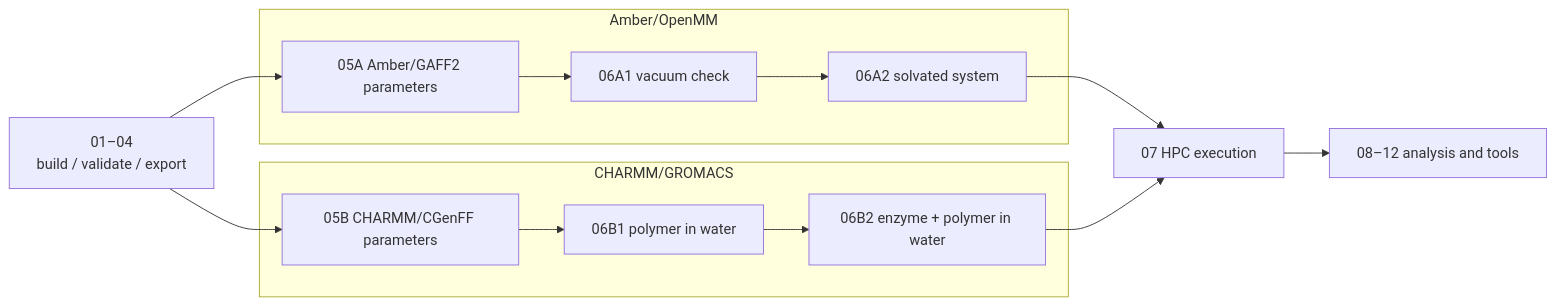
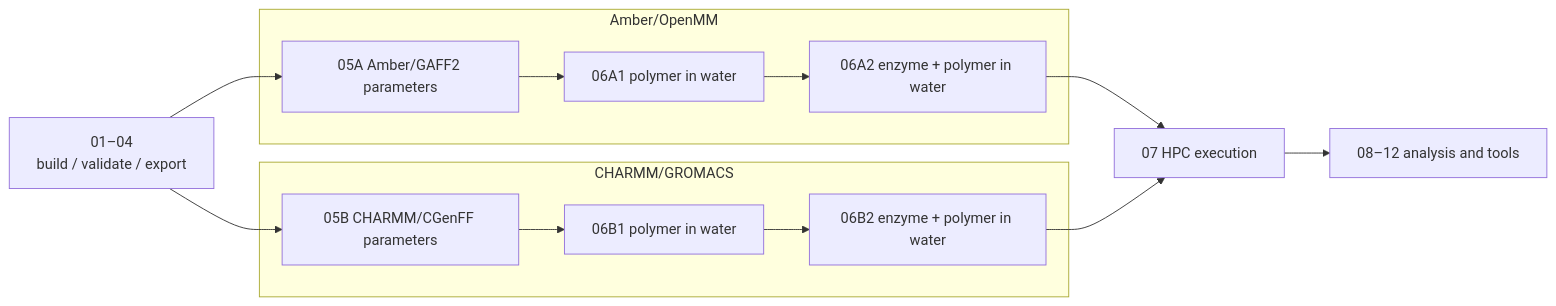
Before and after one commit to DanielYyork/iPHAsimulatorV2: the diagram in notebooks/README.md, drawn with Mermaid. The commit also changed other lines of this file and 16 other files, not shown here.

First line of the commit message:
Split 06 notebooks into polymer-in-water and enzyme+polymer-in-water per route

````diff
--- a/notebooks/README.md
+++ b/notebooks/README.md
@@ -33,15 +34,15 @@
 ```mermaid
 flowchart LR
     S["01–04<br/>build / validate / export"]
     S --> A5
     S --> B5
     subgraph AO["Amber/OpenMM"]
-        A5["05A Amber/GAFF2 parameters"] --> A61["06A1 vacuum check"] --> A62["06A2 solvated system"]
+        A5["05A Amber/GAFF2 parameters"] --> A61["06A1 polymer in water"] --> A62["06A2 enzyme + polymer in water"]
     end
     subgraph CG["CHARMM/GROMACS"]
         B5["05B CHARMM/CGenFF parameters"] --> B61["06B1 polymer in water"] --> B62["06B2 enzyme + polymer in water"]
     end
     A62 --> H["07 HPC execution"]
     B62 --> H
     H --> X["08–12 analysis and tools"]
 ```
````
